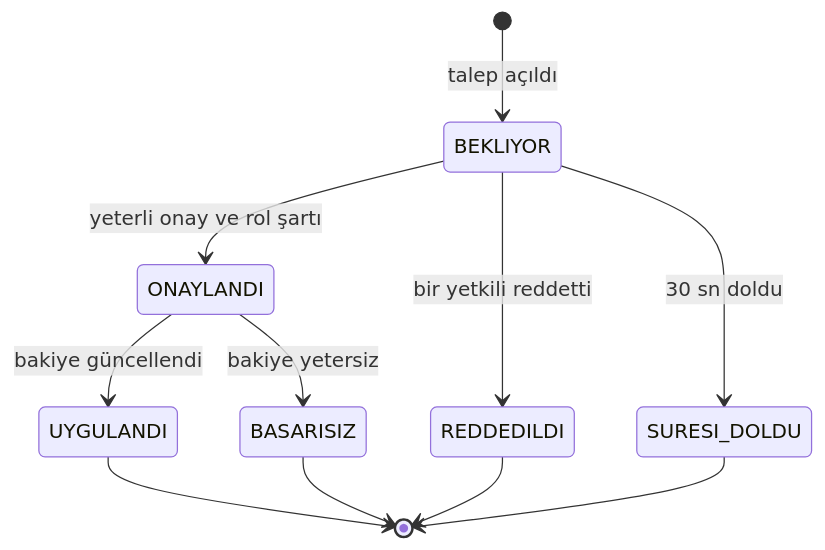
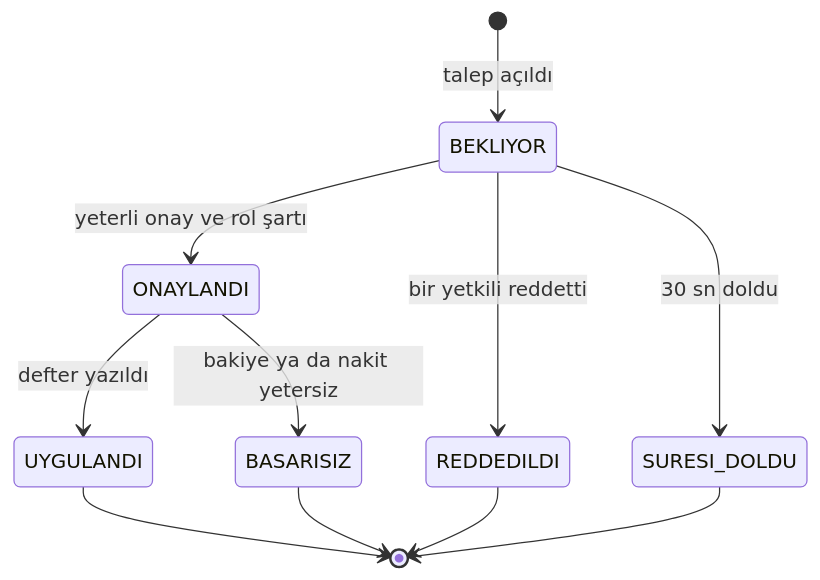
Before and after one commit to ikrabaser/rfid-multisig-atm: the fourth of 5 diagrams in README.md, drawn with Mermaid. The commit also changed other lines of this file, not shown here.

Commit message:
docs: document ledger, anomaly rules, vault flow and HTTPS

````diff
--- a/README.md
+++ b/README.md
@@ -143,13 +182,13 @@
 ```mermaid
 stateDiagram-v2
     [*] --> BEKLIYOR: talep açıldı
     BEKLIYOR --> ONAYLANDI: yeterli onay ve rol şartı
     BEKLIYOR --> REDDEDILDI: bir yetkili reddetti
     BEKLIYOR --> SURESI_DOLDU: 30 sn doldu
-    ONAYLANDI --> UYGULANDI: bakiye güncellendi
-    ONAYLANDI --> BASARISIZ: bakiye yetersiz
+    ONAYLANDI --> UYGULANDI: defter yazıldı
+    ONAYLANDI --> BASARISIZ: bakiye ya da nakit yetersiz
     UYGULANDI --> [*]
     REDDEDILDI --> [*]
     SURESI_DOLDU --> [*]
     BASARISIZ --> [*]
 ```
````
